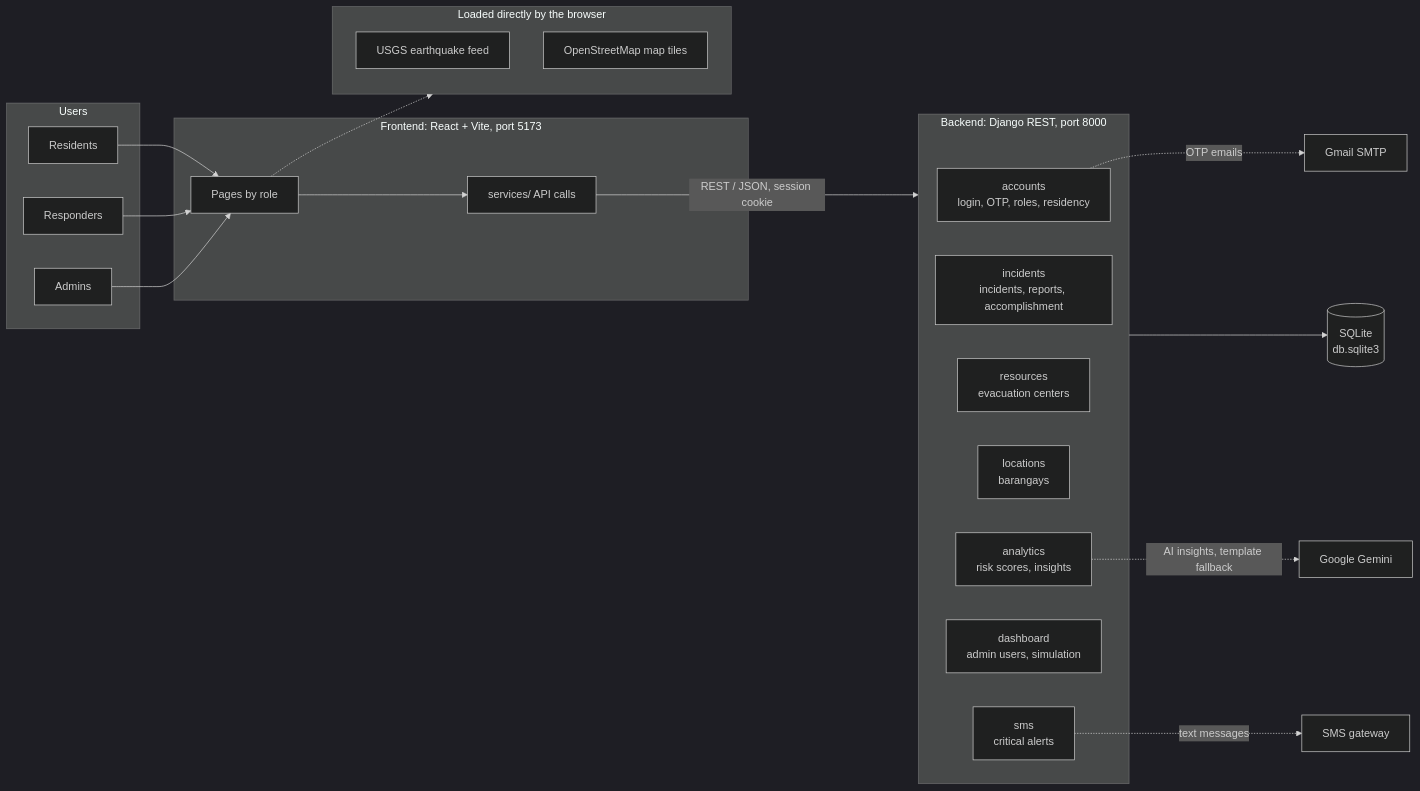
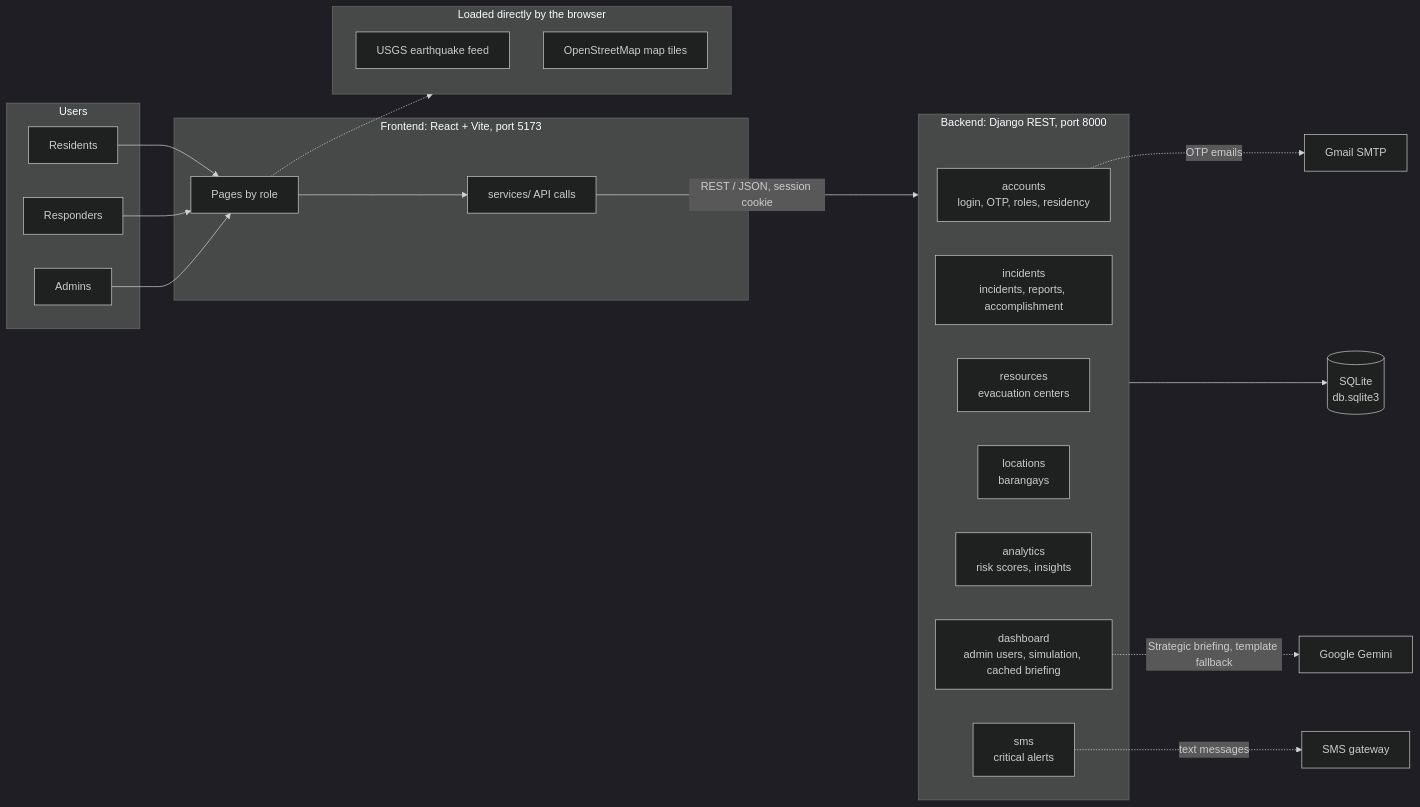
The first of 2 diagrams in docs/architecture.md (itsaymii/Capstone-Project), drawn with Mermaid (dark theme) before and after one commit. The commit also changed other lines of this file and 44 other files, not shown here.

Commit message:
refactor: implement 100-point severity metrics, fix signals error logging, refactor AI insights to hybrid 30-day cache/rule-based architecture, remove dead legacy code, and add API throttling/race condition fixes

````diff
--- a/docs/architecture.md
+++ b/docs/architecture.md
@@ -5,39 +5,39 @@
 ```mermaid
 flowchart LR
     subgraph Users
         C[Residents]
         R[Responders]
         A[Admins]
     end
 
     subgraph FE[Frontend: React + Vite, port 5173]
         P[Pages by role]
         S[services/ API calls]
     end
 
     subgraph BE[Backend: Django REST, port 8000]
         ACC[accounts<br/>login, OTP, roles, residency]
         INC[incidents<br/>incidents, reports, accomplishment]
         RES[resources<br/>evacuation centers]
         LOC[locations<br/>barangays]
         ANA[analytics<br/>risk scores, insights]
-        DSH[dashboard<br/>admin users, simulation]
+        DSH[dashboard<br/>admin users, simulation, cached briefing]
         SMS[sms<br/>critical alerts]
     end
 
     DB[(SQLite<br/>db.sqlite3)]
 
     C & R & A --> P
     P --> S
     S -->|REST / JSON, session cookie| BE
     BE --> DB
 
     subgraph EXT[Loaded directly by the browser]
         USGS[USGS earthquake feed]
         OSM[OpenStreetMap map tiles]
     end
     P -.-> EXT
     ACC -.->|OTP emails| SMTP[Gmail SMTP]
     SMS -.->|text messages| GW[SMS gateway]
-    ANA -.->|AI insights, template fallback| GEM[Google Gemini]
+    DSH -.->|Strategic briefing, template fallback| GEM[Google Gemini]
 ```
````
